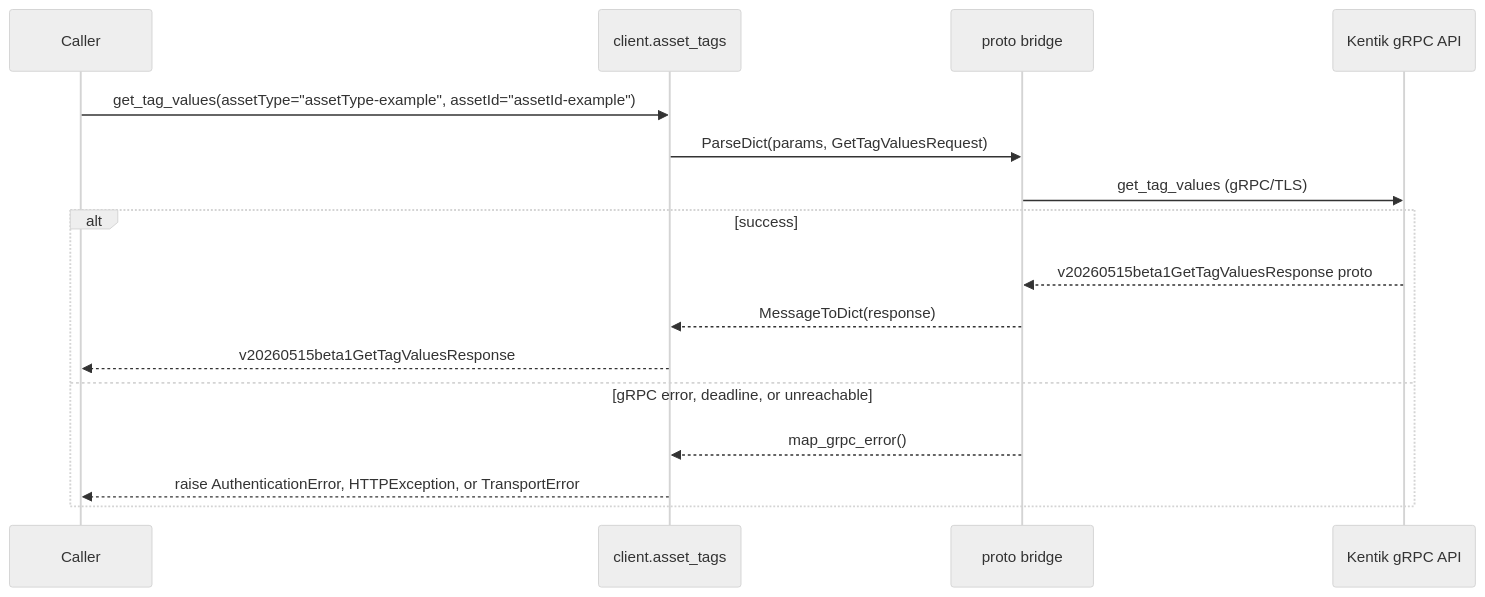
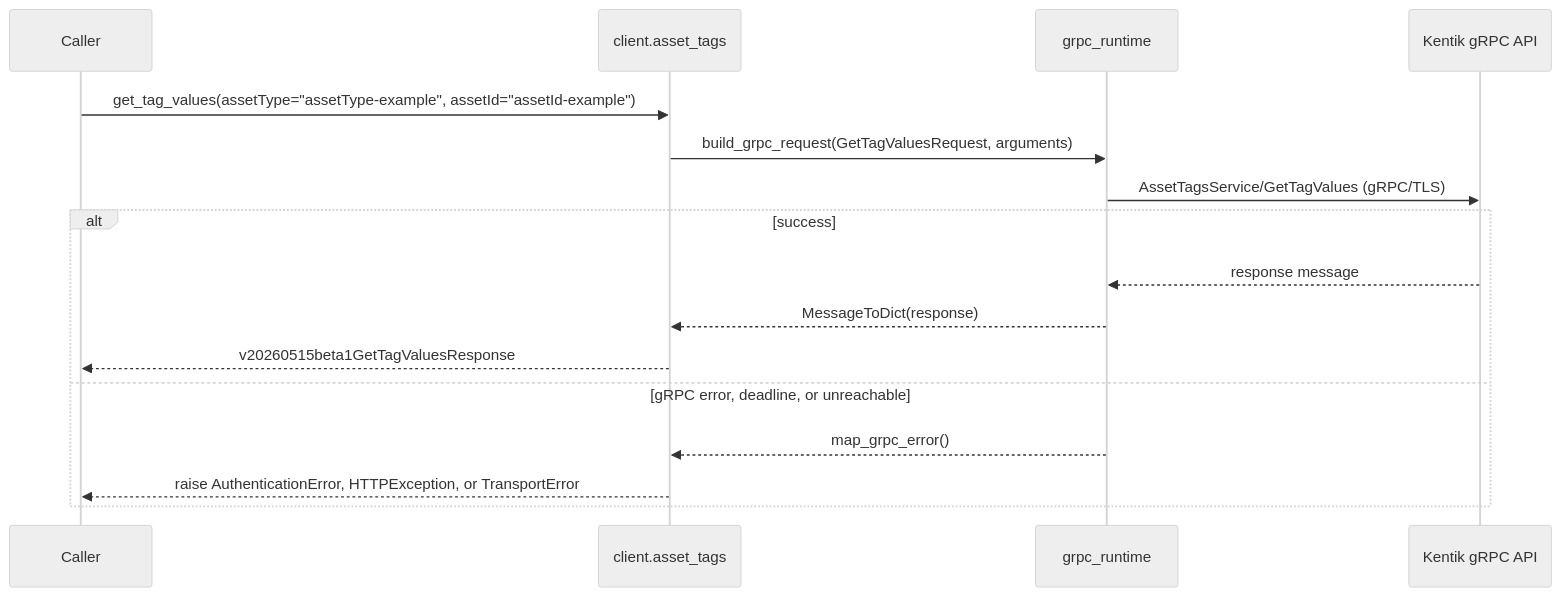
Before and after one commit to alexdearaujo/community_sdk_python: the third of 20 diagrams in docs/sphinx/services/asset_tags.md, drawn with Mermaid (neutral theme). The commit also changed other lines of this file and 37 other files, not shown here.

First line of the commit message:
docs: show the real RPC in each service page's gRPC diagram

````diff
--- a/docs/sphinx/services/asset_tags.md
+++ b/docs/sphinx/services/asset_tags.md
@@ -59,19 +59,19 @@
 ```mermaid
 sequenceDiagram
     participant C as Caller
     participant W as client.asset_tags
-    participant B as proto bridge
+    participant R as grpc_runtime
     participant API as Kentik gRPC API
 
     C->>W: get_tag_values(assetType="assetType-example", assetId="assetId-example")
-    W->>B: ParseDict(params, GetTagValuesRequest)
-    B->>API: get_tag_values (gRPC/TLS)
+    W->>R: build_grpc_request(GetTagValuesRequest, arguments)
+    R->>API: AssetTagsService/GetTagValues (gRPC/TLS)
     alt success
-        API-->>B: v20260515beta1GetTagValuesResponse proto
-        B-->>W: MessageToDict(response)
+        API-->>R: response message
+        R-->>W: MessageToDict(response)
         W-->>C: v20260515beta1GetTagValuesResponse
     else gRPC error, deadline, or unreachable
-        B-->>W: map_grpc_error()
+        R-->>W: map_grpc_error()
         W-->>C: raise AuthenticationError, HTTPException, or TransportError
     end
 ```
````
